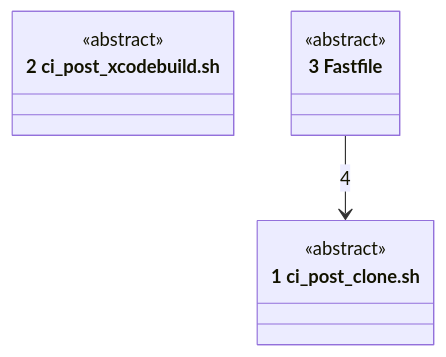
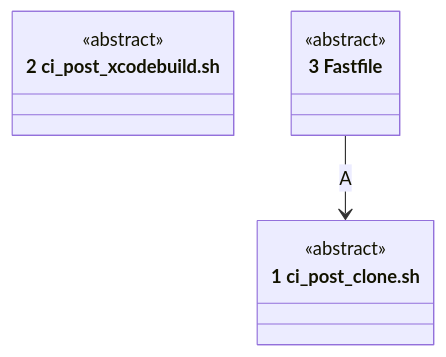
Before and after one commit to may-journal/xcode-tooling: the first of 2 diagrams in docs/architecture/04-code.md, drawn with Mermaid. The commit also changed other lines of this file and 4 other files, not shown here.

First line of the commit message:
docs(architecture): connector callouts are letters (#5)

````diff
--- a/docs/architecture/04-code.md
+++ b/docs/architecture/04-code.md
@@ -7,11 +7,11 @@
 ```mermaid
 classDiagram
     class postClone["1 ci_post_clone.sh"]
     <<abstract>> postClone
     class postBuild["2 ci_post_xcodebuild.sh"]
     <<abstract>> postBuild
     class lanes["3 Fastfile"]
     <<abstract>> lanes
 
-    lanes --> postClone : 4
+    lanes --> postClone : A
 ```
````
